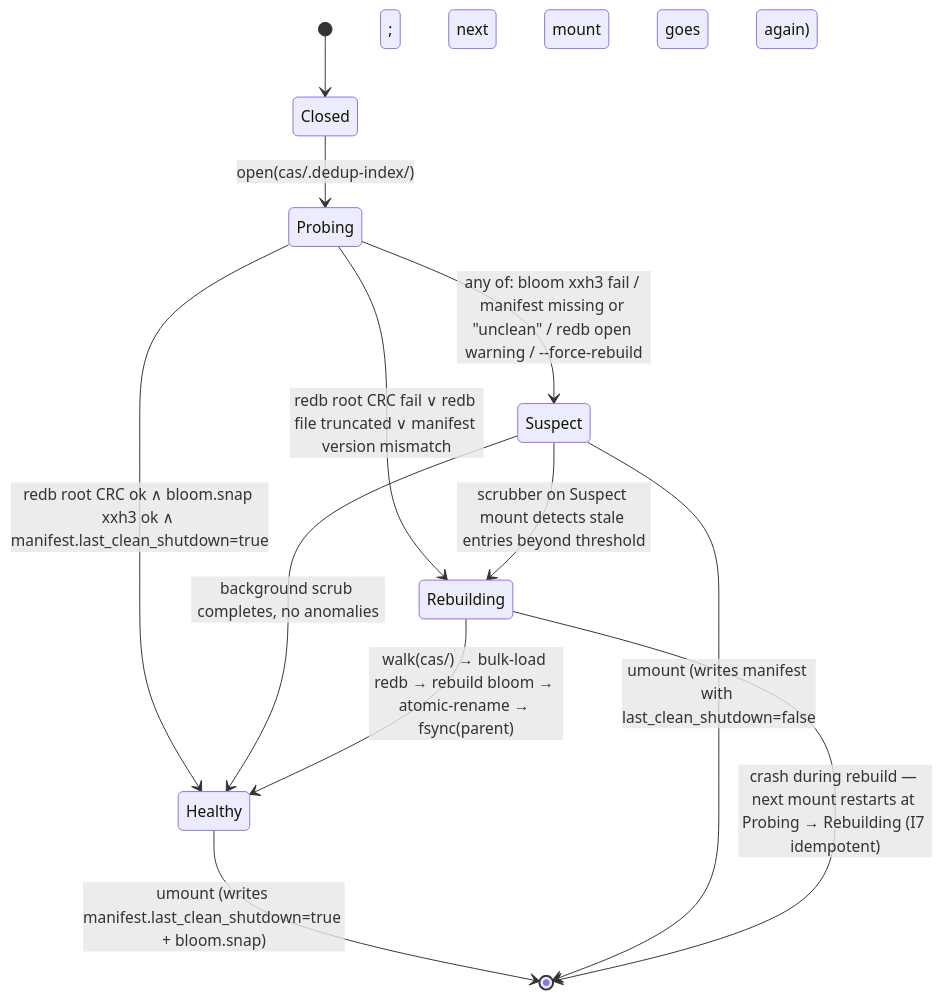
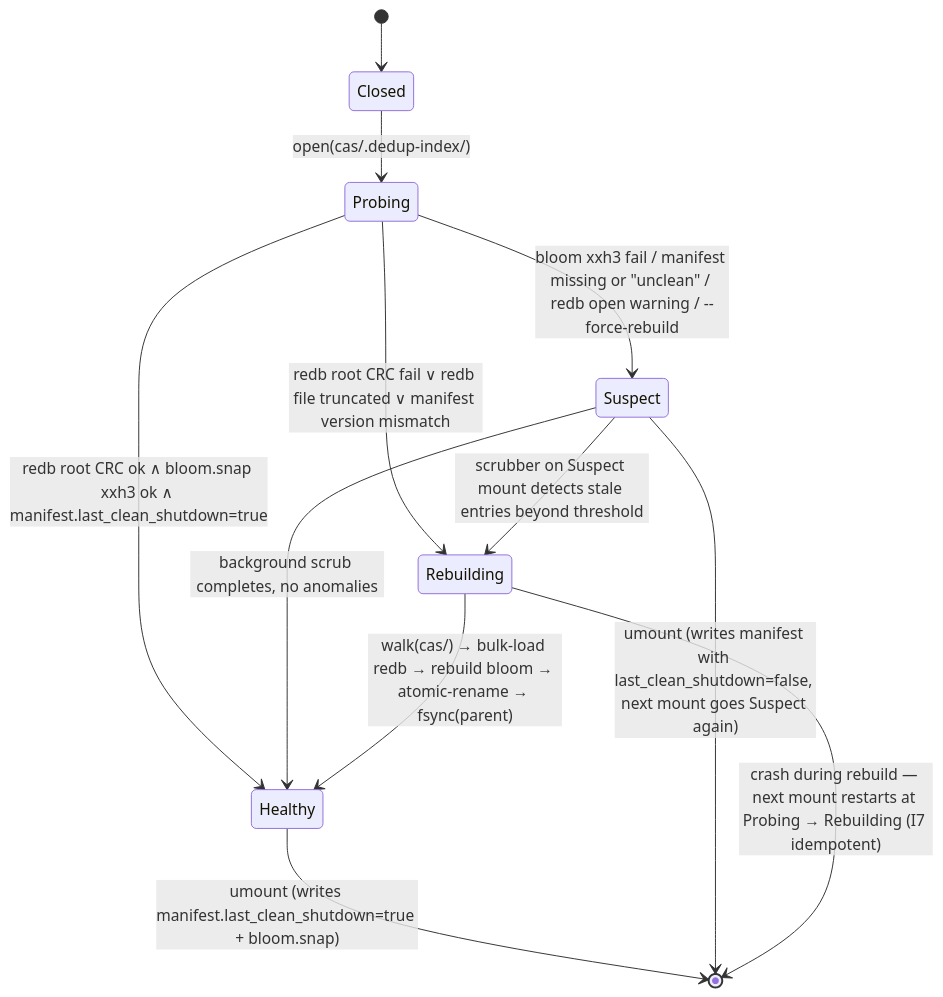
The fifth of 9 diagrams in .planning/research/dedup-index/architecture/03-durability-and-recovery.md (o2alexanderfedin/slicefs), drawn with Mermaid before and after one commit. The commit also changed other lines of this file and 4 other files, not shown here.

First line of the commit message:
arch: fix mermaid parse errors across dedup-index docs

````diff
--- a/.planning/research/dedup-index/architecture/03-durability-and-recovery.md
+++ b/.planning/research/dedup-index/architecture/03-durability-and-recovery.md
@@ -195,14 +195,14 @@
 ```mermaid
 stateDiagram-v2
     [*] --> Closed
     Closed --> Probing : open(cas/.dedup-index/)
     Probing --> Healthy : redb root CRC ok ∧ bloom.snap xxh3 ok ∧ manifest.last_clean_shutdown=true
-    Probing --> Suspect : any of: bloom xxh3 fail / manifest missing or "unclean" / redb open warning / --force-rebuild
+    Probing --> Suspect : bloom xxh3 fail / manifest missing or "unclean" / redb open warning / --force-rebuild
     Probing --> Rebuilding : redb root CRC fail ∨ redb file truncated ∨ manifest version mismatch
     Suspect --> Rebuilding : scrubber on Suspect mount detects stale entries beyond threshold
     Suspect --> Healthy : background scrub completes, no anomalies
     Rebuilding --> Healthy : walk(cas/) → bulk-load redb → rebuild bloom → atomic-rename → fsync(parent)
     Healthy --> [*] : umount (writes manifest.last_clean_shutdown=true + bloom.snap)
-    Suspect --> [*] : umount (writes manifest with last_clean_shutdown=false; next mount goes Suspect again)
+    Suspect --> [*] : umount (writes manifest with last_clean_shutdown=false, next mount goes Suspect again)
     Rebuilding --> [*] : crash during rebuild — next mount restarts at Probing → Rebuilding (I7 idempotent)
 ```
````
